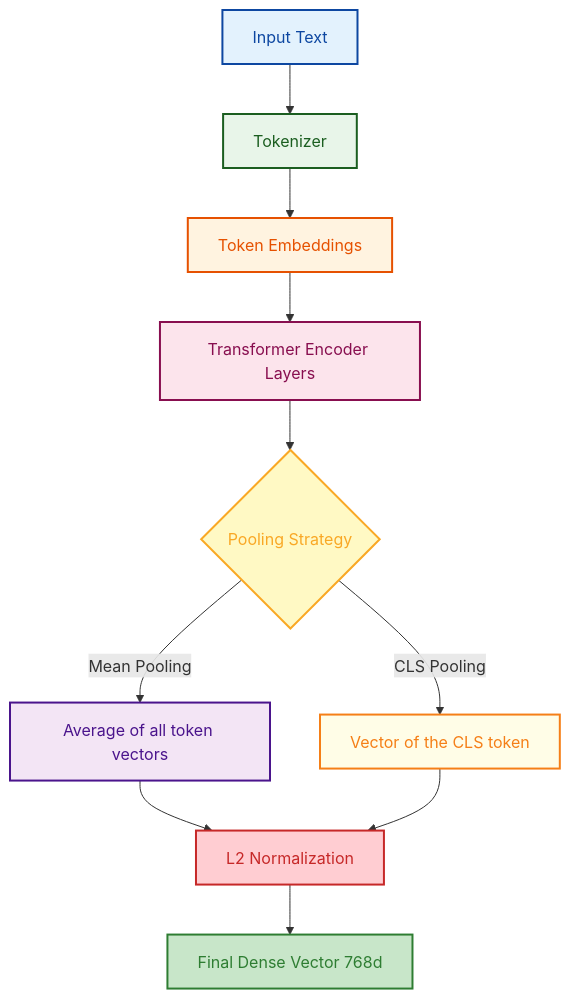
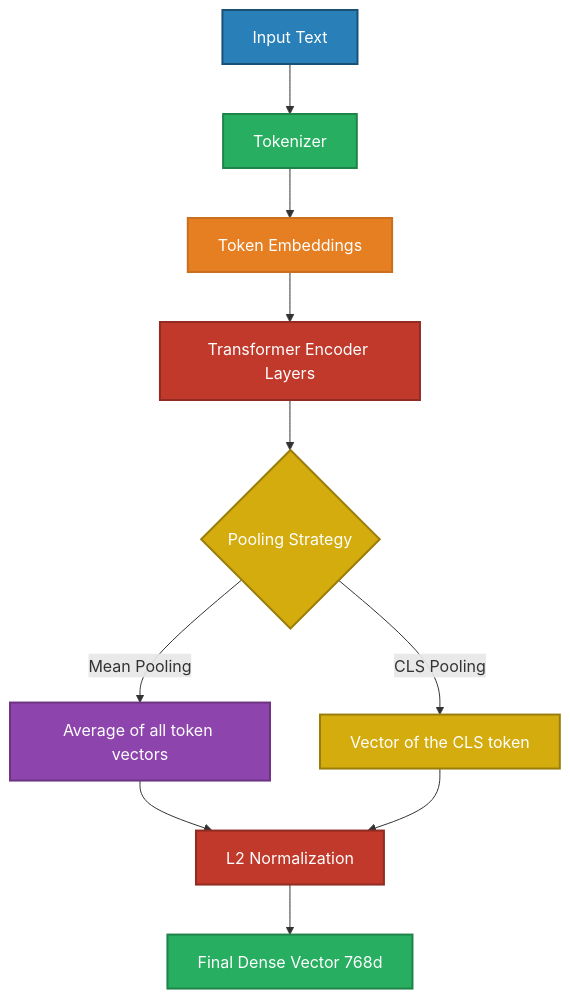
The first of 3 diagrams in docs/04-embeddings/README.md (GyanendraChaubey/AI-Engineering-Notes), drawn with Mermaid before and after one commit. The commit also changed other lines of this file and 15 other files, not shown here.

Commit message:
style: replace all Mermaid diagram colors with saturated palette + white text for dark mode compatibility (321 changes across 16 files)

````diff
--- a/docs/04-embeddings/README.md
+++ b/docs/04-embeddings/README.md
@@ -15,21 +15,21 @@
 ```mermaid
 flowchart TD
     A[Input Text] --> B[Tokenizer]
     B --> C[Token Embeddings]
     C --> D[Transformer Encoder Layers]
     D --> E{Pooling Strategy}
     E -->|Mean Pooling| F[Average of all token vectors]
     E -->|CLS Pooling| G[Vector of the CLS token]
     F --> H[L2 Normalization]
     G --> H
     H --> I[Final Dense Vector 768d]
-    style A fill:#e3f2fd,stroke:#0d47a1,stroke-width:2px,color:#0d47a1
-    style B fill:#e8f5e9,stroke:#1b5e20,stroke-width:2px,color:#1b5e20
-    style C fill:#fff3e0,stroke:#e65100,stroke-width:2px,color:#e65100
-    style D fill:#fce4ec,stroke:#880e4f,stroke-width:2px,color:#880e4f
-    style E fill:#fff9c4,stroke:#f9a825,stroke-width:2px,color:#f9a825
-    style F fill:#f3e5f5,stroke:#4a148c,stroke-width:2px,color:#4a148c
-    style G fill:#fffde7,stroke:#f57f17,stroke-width:2px,color:#f57f17
-    style H fill:#ffcdd2,stroke:#c62828,stroke-width:2px,color:#c62828
-    style I fill:#c8e6c9,stroke:#2e7d32,stroke-width:2px,color:#2e7d32
+    style A fill:#2980B9,stroke:#1A5276,stroke-width:2px,color:#FFFFFF
+    style B fill:#27AE60,stroke:#1E8449,stroke-width:2px,color:#FFFFFF
+    style C fill:#E67E22,stroke:#CA6F1E,stroke-width:2px,color:#FFFFFF
+    style D fill:#C0392B,stroke:#922B21,stroke-width:2px,color:#FFFFFF
+    style E fill:#D4AC0D,stroke:#9A7D0A,stroke-width:2px,color:#FFFFFF
+    style F fill:#8E44AD,stroke:#6C3483,stroke-width:2px,color:#FFFFFF
+    style G fill:#D4AC0D,stroke:#9A7D0A,stroke-width:2px,color:#FFFFFF
+    style H fill:#C0392B,stroke:#922B21,stroke-width:2px,color:#FFFFFF
+    style I fill:#27AE60,stroke:#1E8449,stroke-width:2px,color:#FFFFFF
 ```
````
